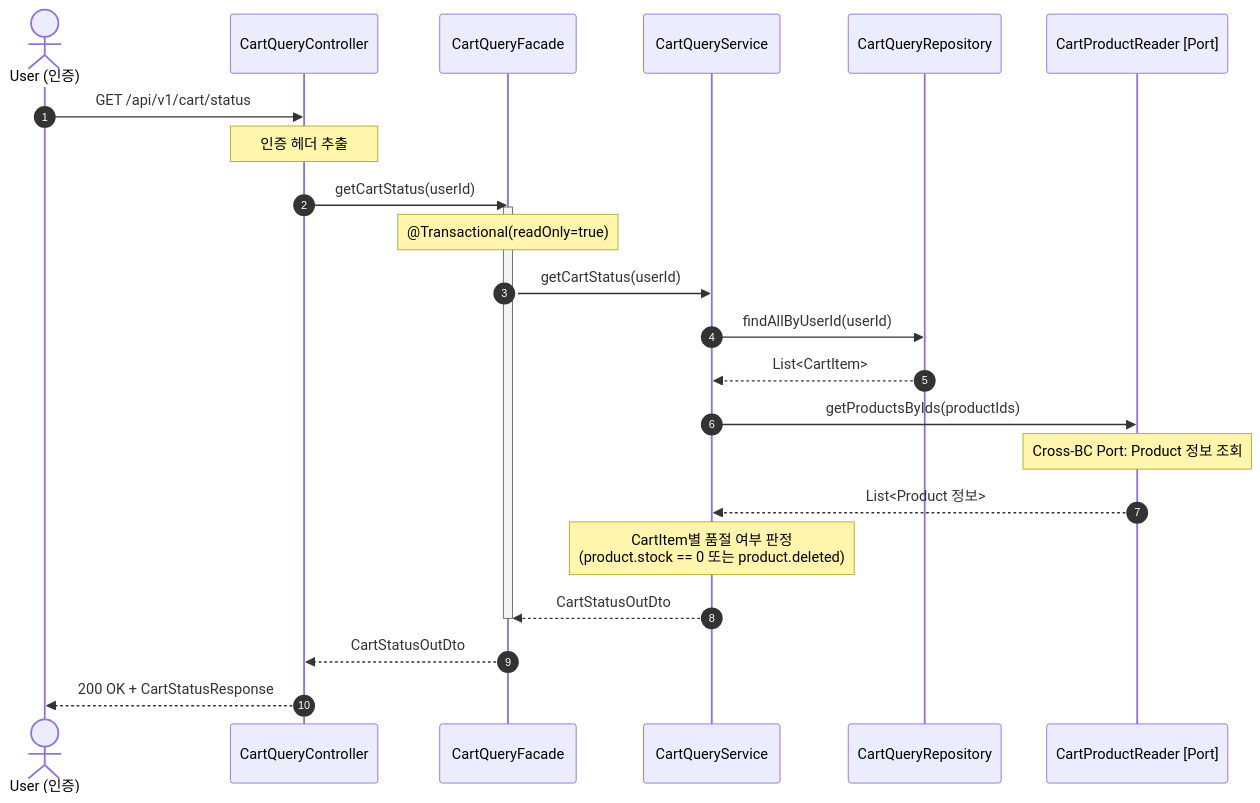
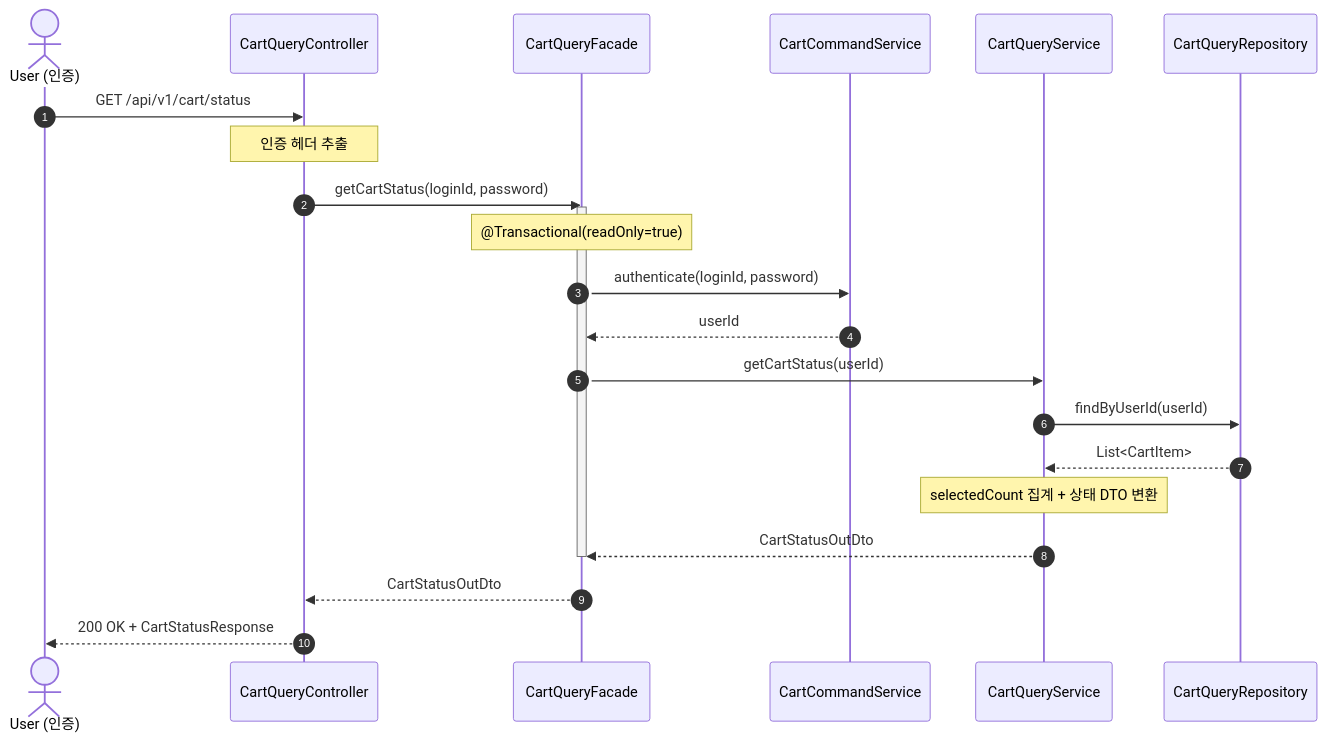
Before and after one commit to Hwan0518/loop-pack-be-l2-vol3-java: diagram 24 of 30 in docs/design/02-sequence-diagrams.md, drawn with Mermaid. The commit also changed other lines of this file and 474 other files, not shown here.

````diff
--- a/docs/design/02-sequence-diagrams.md
+++ b/docs/design/02-sequence-diagrams.md
@@ -1005,33 +1193,31 @@
 ```mermaid
 sequenceDiagram
     autonumber
     actor User as User (인증)
     participant Controller as CartQueryController
     participant Facade as CartQueryFacade
-    participant Service as CartQueryService
+    participant AuthService as CartCommandService
+    participant QService as CartQueryService
     participant QRepo as CartQueryRepository
-    participant ProductReader as CartProductReader [Port]
 
     User->>Controller: GET /api/v1/cart/status
     Note over Controller: 인증 헤더 추출
-    Controller->>Facade: getCartStatus(userId)
+    Controller->>Facade: getCartStatus(loginId, password)
     activate Facade
     Note over Facade: @Transactional(readOnly=true)
 
-    Facade->>Service: getCartStatus(userId)
+    Facade->>AuthService: authenticate(loginId, password)
+    AuthService-->>Facade: userId
+    Facade->>QService: getCartStatus(userId)
 
-    Service->>QRepo: findAllByUserId(userId)
-    QRepo-->>Service: List<CartItem>
+    QService->>QRepo: findByUserId(userId)
+    QRepo-->>QService: List<CartItem>
 
-    Service->>ProductReader: getProductsByIds(productIds)
-    Note over ProductReader: Cross-BC Port: Product 정보 조회
-    ProductReader-->>Service: List<Product 정보>
+    Note over QService: selectedCount 집계 + 상태 DTO 변환
 
-    Note over Service: CartItem별 품절 여부 판정<br/>(product.stock == 0 또는 product.deleted)
-
-    Service-->>Facade: CartStatusOutDto
+    QService-->>Facade: CartStatusOutDto
 
     deactivate Facade
     Facade-->>Controller: CartStatusOutDto
     Controller-->>User: 200 OK + CartStatusResponse
 ```
````
